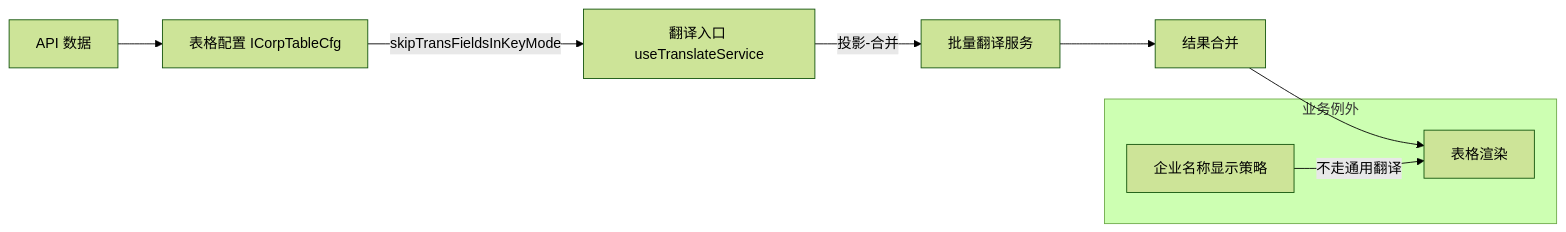
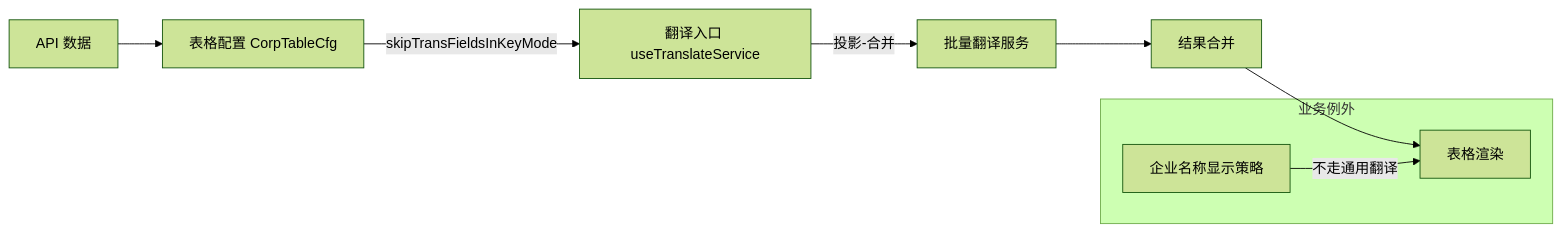
One commit to suneo02/tech-knowledge-base changed the first of 2 diagrams in apps/company/docs/corp/intl.md. Above: the diagram before and after it, drawn with Mermaid (forest theme). The commit also changed other lines of this file and 2109 other files, not shown here.

````diff
--- a/apps/company/docs/corp/intl.md
+++ b/apps/company/docs/corp/intl.md
@@ -18,12 +22,12 @@
 ```mermaid
 graph LR
-  A[API 数据] --> B[表格配置 ICorpTableCfg]
+  A[API 数据] --> B[表格配置 CorpTableCfg]
   B -->|skipTransFieldsInKeyMode| C[翻译入口 useTranslateService]
   C -->|投影-合并| D[批量翻译服务]
   D --> E[结果合并]
   E --> F[表格渲染]
-  
+
   subgraph 业务例外
     X[企业名称显示策略] -- 不走通用翻译 --> F
   end
 ```
````
